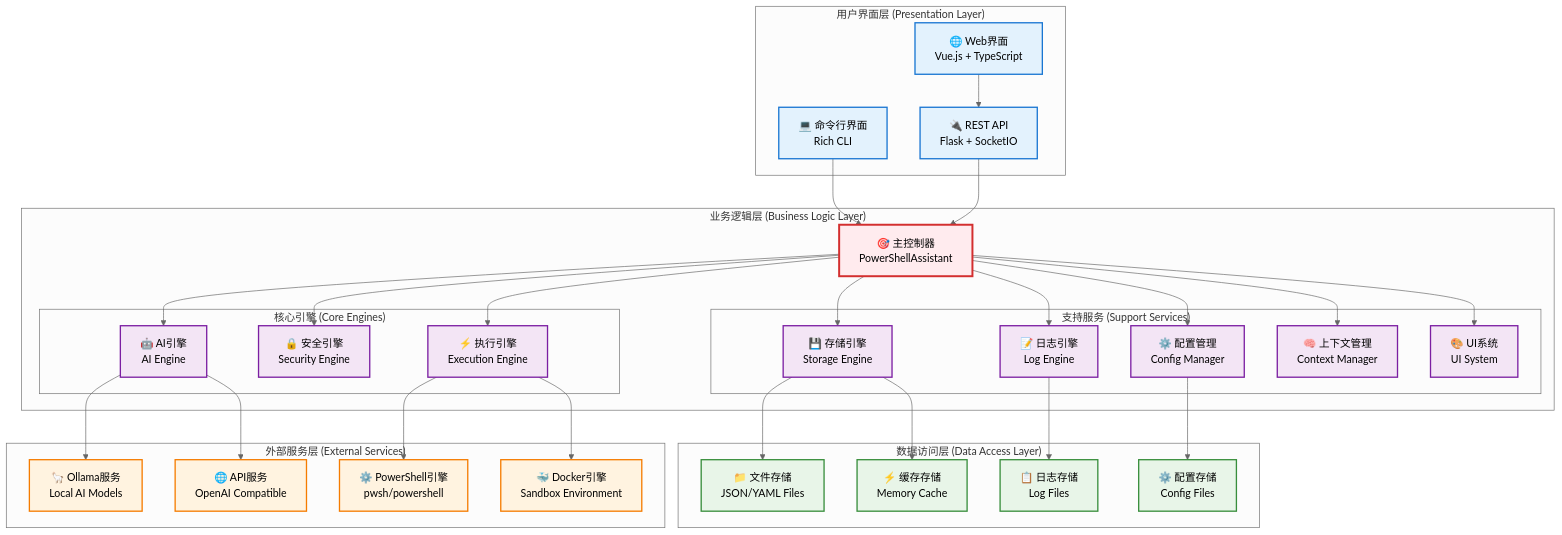
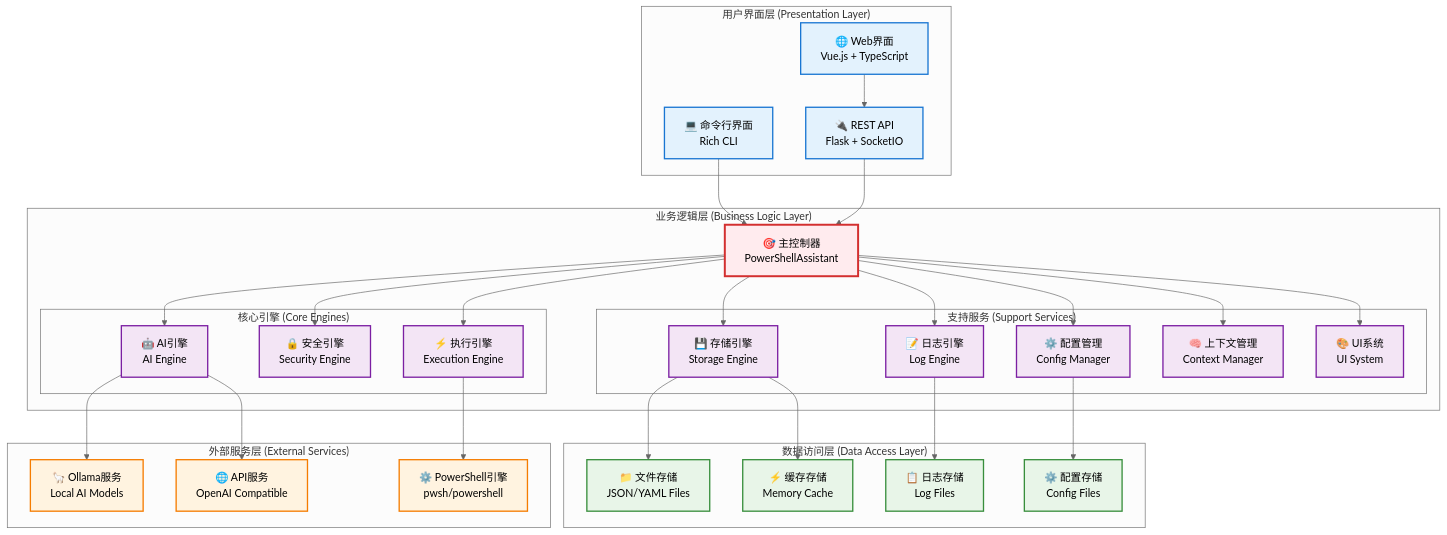
The first of 5 diagrams in docs/architecture.md (0green7hand0/AI-PowerShell), drawn with Mermaid (neutral theme) before and after one commit. The commit also changed other lines of this file and 7 other files, not shown here.

````diff
--- a/docs/architecture.md
+++ b/docs/architecture.md
@@ -1706,81 +1652,81 @@
 ```mermaid
 graph TB
     %% 用户界面层
     subgraph "用户界面层 (Presentation Layer)"
         WebUI[🌐 Web界面<br/>Vue.js + TypeScript]
         CLI[💻 命令行界面<br/>Rich CLI]
         API[🔌 REST API<br/>Flask + SocketIO]
     end
     
     %% 业务逻辑层
     subgraph "业务逻辑层 (Business Logic Layer)"
         MainController[🎯 主控制器<br/>PowerShellAssistant]
         
         subgraph "核心引擎 (Core Engines)"
             AIEngine[🤖 AI引擎<br/>AI Engine]
             SecurityEngine[🔒 安全引擎<br/>Security Engine]
             ExecutionEngine[⚡ 执行引擎<br/>Execution Engine]
         end
         
         subgraph "支持服务 (Support Services)"
             ConfigManager[⚙️ 配置管理<br/>Config Manager]
             LogEngine[📝 日志引擎<br/>Log Engine]
             StorageEngine[💾 存储引擎<br/>Storage Engine]
             ContextManager[🧠 上下文管理<br/>Context Manager]
             UISystem[🎨 UI系统<br/>UI System]
         end
     end
     
     %% 数据访问层
     subgraph "数据访问层 (Data Access Layer)"
         FileStorage[📁 文件存储<br/>JSON/YAML Files]
         CacheStorage[⚡ 缓存存储<br/>Memory Cache]
         LogStorage[📋 日志存储<br/>Log Files]
         ConfigStorage[⚙️ 配置存储<br/>Config Files]
     end
     
     %% 外部服务层
     subgraph "外部服务层 (External Services)"
         OllamaService[🦙 Ollama服务<br/>Local AI Models]
         APIService[🌐 API服务<br/>OpenAI Compatible]
         PowerShellEngine[⚙️ PowerShell引擎<br/>pwsh/powershell]
-        DockerEngine[🐳 Docker引擎<br/>Sandbox Environment]
+
     end
     
     %% 连接关系
     WebUI --> API
     CLI --> MainController
     API --> MainController
     
     MainController --> AIEngine
     MainController --> SecurityEngine
     MainController --> ExecutionEngine
     MainController --> ConfigManager
     MainController --> LogEngine
     MainController --> StorageEngine
     MainController --> ContextManager
     MainController --> UISystem
     
     AIEngine --> OllamaService
     AIEngine --> APIService
     ExecutionEngine --> PowerShellEngine
-    ExecutionEngine --> DockerEngine
+
     
     ConfigManager --> ConfigStorage
     LogEngine --> LogStorage
     StorageEngine --> FileStorage
     StorageEngine --> CacheStorage
     
     %% 样式定义
     classDef presentation fill:#e3f2fd,stroke:#1976d2,stroke-width:2px
     classDef business fill:#f3e5f5,stroke:#7b1fa2,stroke-width:2px
     classDef data fill:#e8f5e8,stroke:#388e3c,stroke-width:2px
     classDef external fill:#fff3e0,stroke:#f57c00,stroke-width:2px
     classDef controller fill:#ffebee,stroke:#d32f2f,stroke-width:3px
     
     class WebUI,CLI,API presentation
     class MainController controller
     class AIEngine,SecurityEngine,ExecutionEngine,ConfigManager,LogEngine,StorageEngine,ContextManager,UISystem business
     class FileStorage,CacheStorage,LogStorage,ConfigStorage data
-    class OllamaService,APIService,PowerShellEngine,DockerEngine external
+    class OllamaService,APIService,PowerShellEngine external
 ```
````
